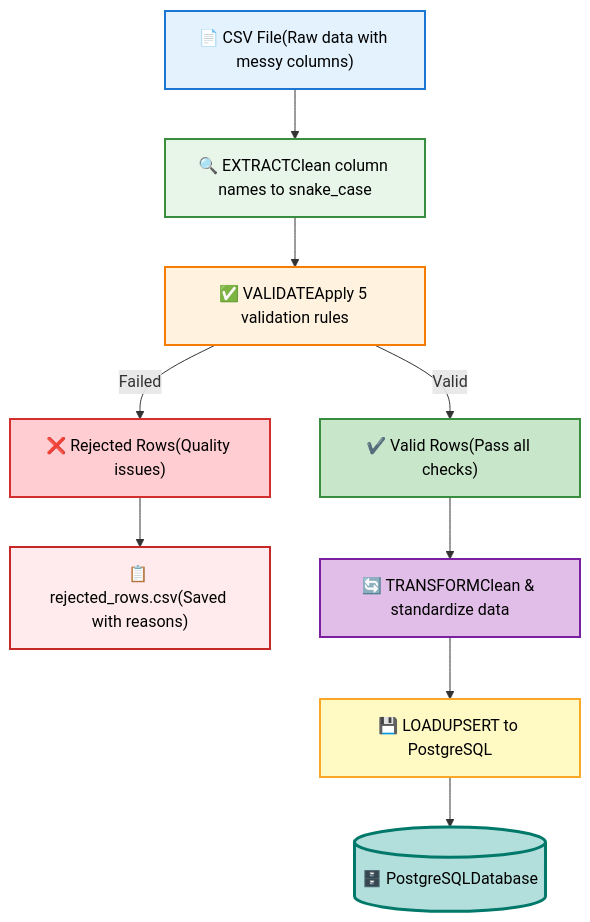
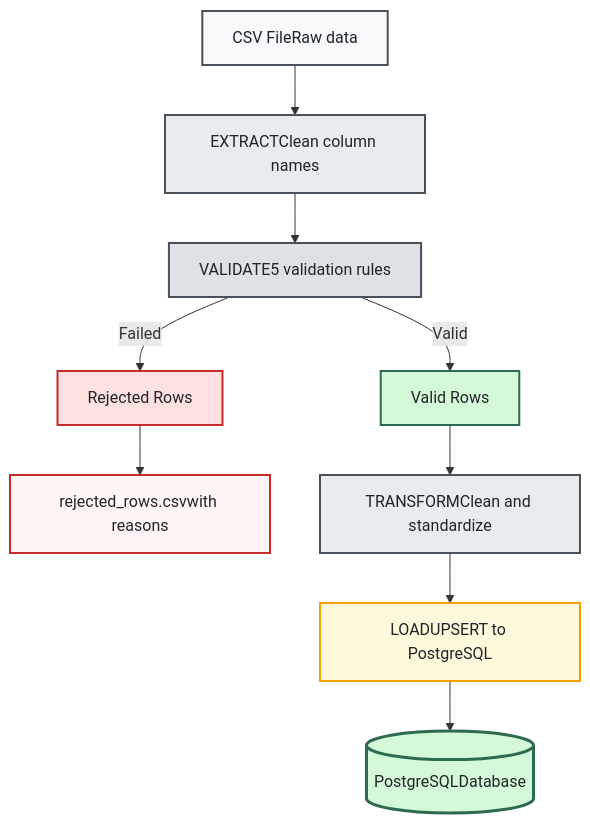
Before and after one commit to cosmincaba/csv-to-db-etl: the first of 2 diagrams in README.md, drawn with Mermaid. The commit also changed other lines of this file, not shown here.

Commit message:
docs: simplify diagrams

````diff
--- a/README.md
+++ b/README.md
@@ -42,21 +42,21 @@
 ```mermaid
 graph TD
-    A["📄 CSV File(Raw data with messy columns)"] --> B["🔍 EXTRACTClean column names to snake_case"]
-    B --> C["✅ VALIDATEApply 5 validation rules"]
-    C -->|Valid| D["✔️ Valid Rows(Pass all checks)"]
-    C -->|Failed| E["❌ Rejected Rows(Quality issues)"]
-    E --> F["📋 rejected_rows.csv(Saved with reasons)"]
-    D --> G["🔄 TRANSFORMClean & standardize data"]
-    G --> H["💾 LOADUPSERT to PostgreSQL"]
-    H --> I[("🗄️ PostgreSQLDatabase")]
+    A["CSV FileRaw data"] --> B["EXTRACTClean column names"]
+    B --> C["VALIDATE5 validation rules"]
+    C -->|Valid| D["Valid Rows"]
+    C -->|Failed| E["Rejected Rows"]
+    E --> F["rejected_rows.csvwith reasons"]
+    D --> G["TRANSFORMClean and standardize"]
+    G --> H["LOADUPSERT to PostgreSQL"]
+    H --> I[("PostgreSQLDatabase")]
     
-    style A fill:#E3F2FD,stroke:#1976D2,stroke-width:2px,color:#000
-    style B fill:#E8F5E9,stroke:#388E3C,stroke-width:2px,color:#000
-    style C fill:#FFF3E0,stroke:#F57C00,stroke-width:2px,color:#000
-    style D fill:#C8E6C9,stroke:#388E3C,stroke-width:2px,color:#000
-    style E fill:#FFCDD2,stroke:#D32F2F,stroke-width:2px,color:#000
-    style F fill:#FFEBEE,stroke:#C62828,stroke-width:2px,color:#000
-    style G fill:#E1BEE7,stroke:#7B1FA2,stroke-width:2px,color:#000
-    style H fill:#FFF9C4,stroke:#F9A825,stroke-width:2px,color:#000
-    style I fill:#B2DFDB,stroke:#00796B,stroke-width:3px,color:#000
+    style A fill:#f8f9fa,stroke:#495057,stroke-width:2px,color:#212529
+    style B fill:#e9ecef,stroke:#495057,stroke-width:2px,color:#212529
+    style C fill:#dee2e6,stroke:#495057,stroke-width:2px,color:#212529
+    style D fill:#d3f9d8,stroke:#2d6a4f,stroke-width:2px,color:#212529
+    style E fill:#ffe0e0,stroke:#c92a2a,stroke-width:2px,color:#212529
+    style F fill:#fff5f5,stroke:#c92a2a,stroke-width:2px,color:#212529
+    style G fill:#e9ecef,stroke:#495057,stroke-width:2px,color:#212529
+    style H fill:#fff9db,stroke:#f59f00,stroke-width:2px,color:#212529
+    style I fill:#d3f9d8,stroke:#2d6a4f,stroke-width:3px,color:#212529
 ```
````
